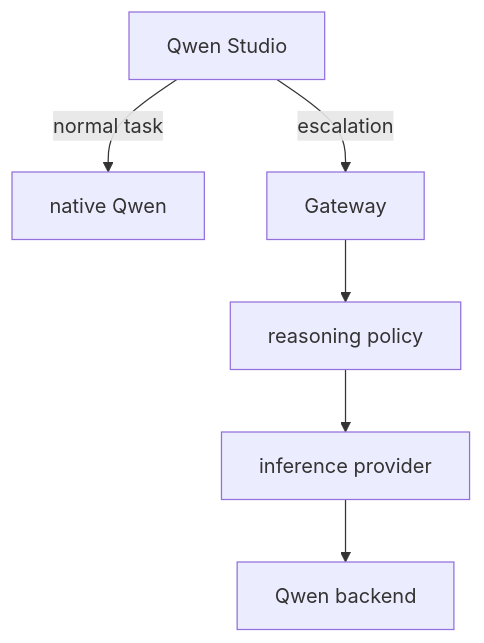
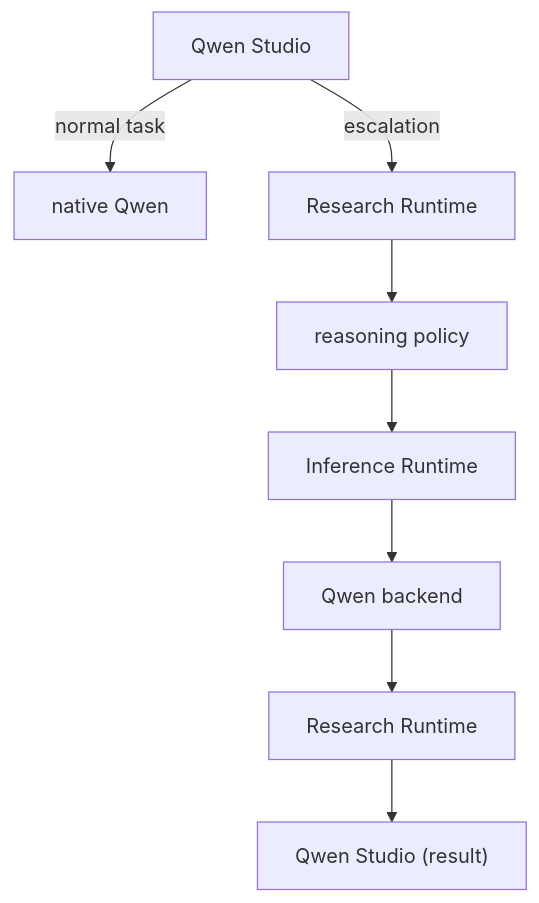
Before and after one commit to mitem743351/qwen: the third of 5 diagrams in docs/architecture/diagrams/operating-modes.md, drawn with Mermaid. The commit also changed other lines of this file and 36 other files, not shown here.

First line of the commit message:
Phase 0.75: runtime boundary and execution architecture

````diff
--- a/docs/architecture/diagrams/operating-modes.md
+++ b/docs/architecture/diagrams/operating-modes.md
@@ -56,9 +61,11 @@
 ```mermaid
 flowchart TD
     QS["Qwen Studio"]
     QS -->|"normal task"| QM["native Qwen"]
-    QS -->|"escalation"| GW["Gateway"]
-    GW --> RP["reasoning policy"]
-    RP --> IP["inference provider"]
-    IP --> QB["Qwen backend"]
+    QS -->|"escalation"| RR["Research Runtime"]
+    RR --> RP["reasoning policy"]
+    RP --> IR["Inference Runtime"]
+    IR --> QB["Qwen backend"]
+    QB --> RR2["Research Runtime"]
+    RR2 --> QS2["Qwen Studio (result)"]
 ```
````
